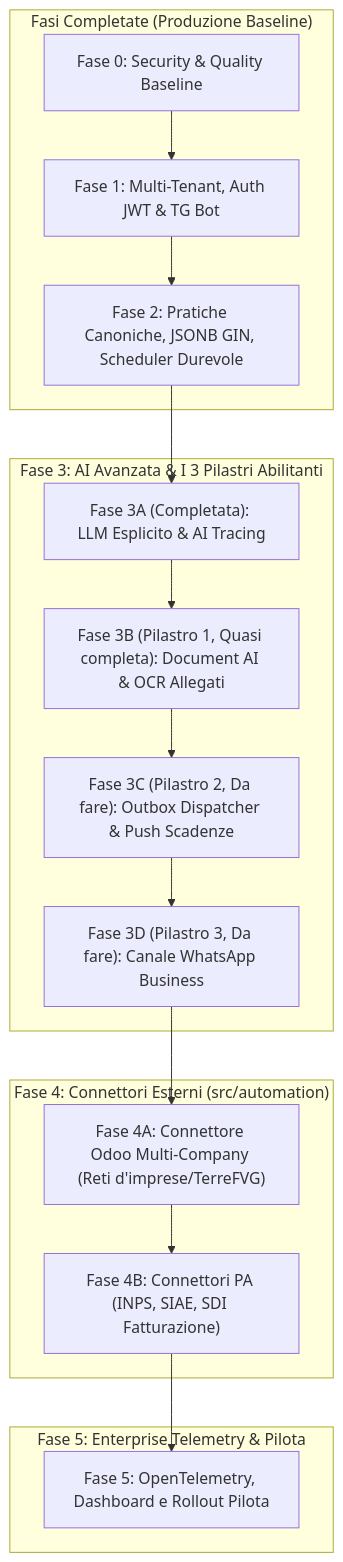
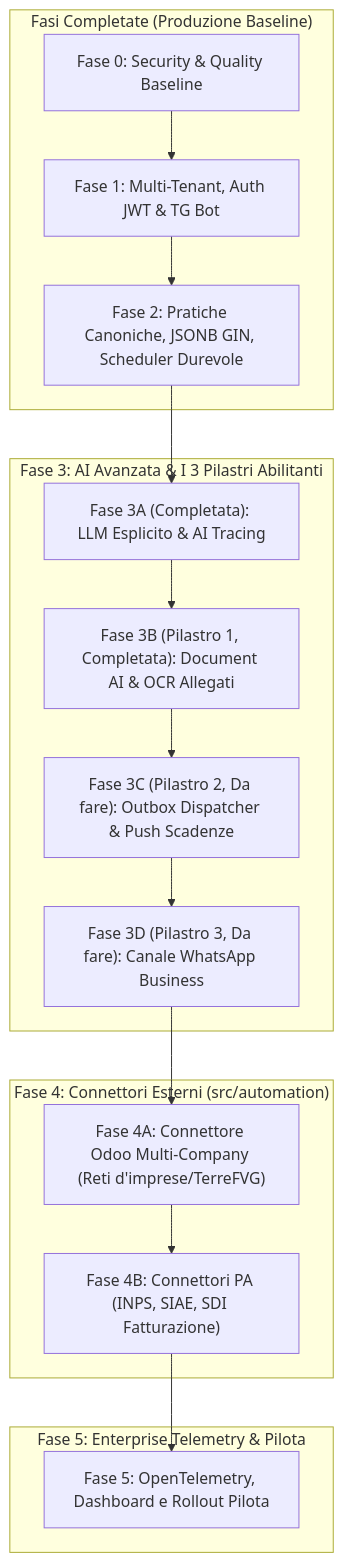
One commit to Sinfoni4/SinfonIA changed the diagram in docs/CRONOPROGRAMMA_EVOLUTIVO.md. Above: the diagram before and after it, drawn with Mermaid. The commit also changed other lines of this file and 14 other files, not shown here.

First line of the commit message:
docs(ocr): accuracy script, real-document test protocol and status update

````diff
--- a/docs/CRONOPROGRAMMA_EVOLUTIVO.md
+++ b/docs/CRONOPROGRAMMA_EVOLUTIVO.md
@@ -9,28 +9,28 @@
 ```mermaid
 flowchart TD
     subgraph COMPLETATO["Fasi Completate (Produzione Baseline)"]
         F0["Fase 0: Security & Quality Baseline"]
         F1["Fase 1: Multi-Tenant, Auth JWT & TG Bot"]
         F2["Fase 2: Pratiche Canoniche, JSONB GIN, Scheduler Durevole"]
         F0 --> F1 --> F2
     end
 
     subgraph ATTUALE["Fase 3: AI Avanzata & I 3 Pilastri Abilitanti"]
         F3A["Fase 3A (Completata): LLM Esplicito & AI Tracing"]
-        F3B["Fase 3B (Pilastro 1, Quasi completa): Document AI & OCR Allegati"]
+        F3B["Fase 3B (Pilastro 1, Completata): Document AI & OCR Allegati"]
         F3C["Fase 3C (Pilastro 2, Da fare): Outbox Dispatcher & Push Scadenze"]
         F3D["Fase 3D (Pilastro 3, Da fare): Canale WhatsApp Business"]
         F2 --> F3A --> F3B --> F3C --> F3D
     end
 
     subgraph AUTOMAZIONE["Fase 4: Connettori Esterni (src/automation)"]
         F4A["Fase 4A: Connettore Odoo Multi-Company (Reti d'imprese/TerreFVG)"]
         F4B["Fase 4B: Connettori PA (INPS, SIAE, SDI Fatturazione)"]
         F3D --> F4A --> F4B
     end
 
     subgraph HARDENING["Fase 5: Enterprise Telemetry & Pilota"]
         F5["Fase 5: OpenTelemetry, Dashboard e Rollout Pilota"]
         F4B --> F5
     end
 ```
````
